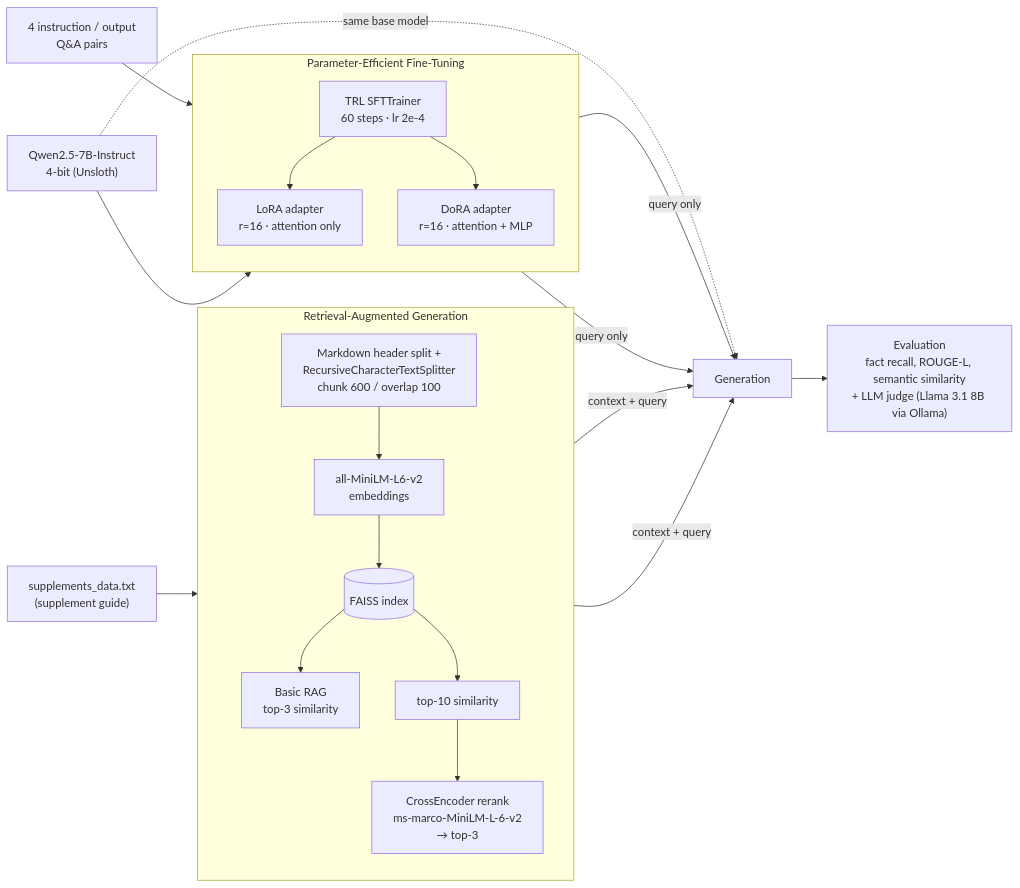
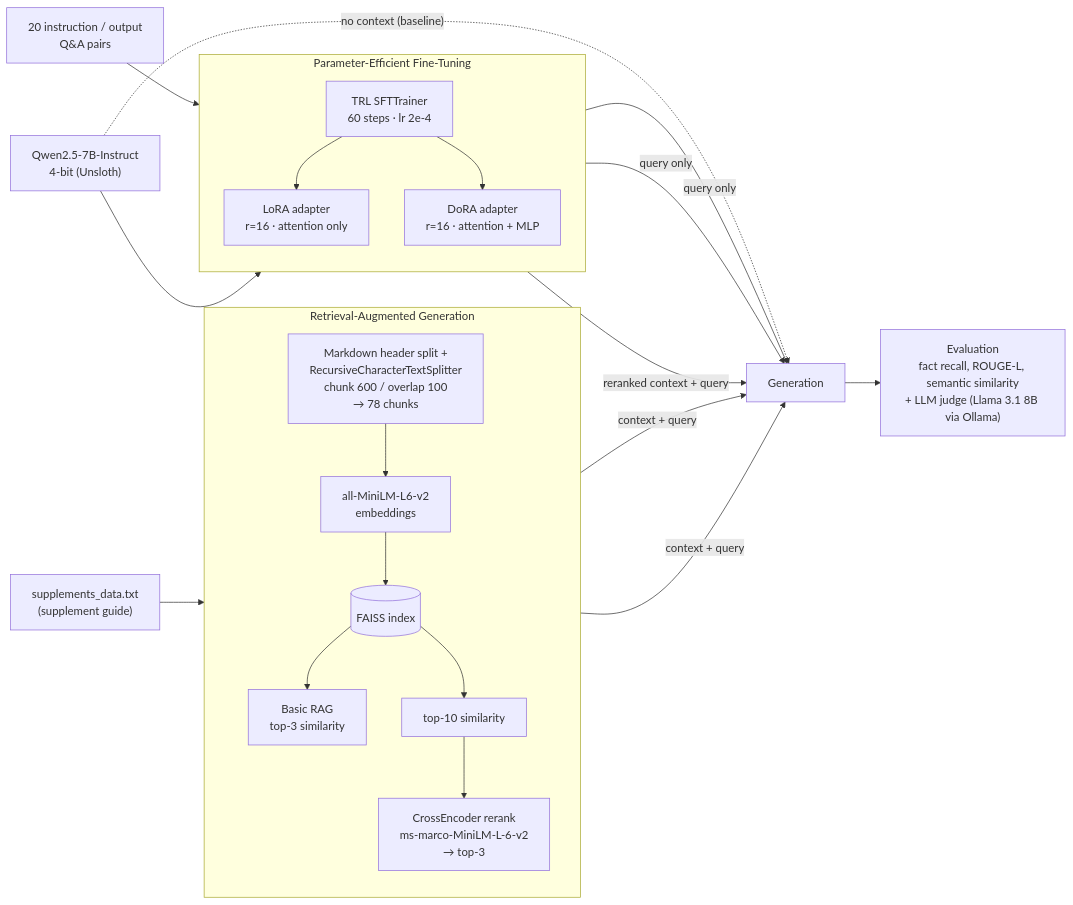
Before and after one commit to dokturdro/ragvsfinetune: the diagram in README.md, drawn with Mermaid. The commit also changed other lines of this file, not shown here.

````diff
--- a/README.md
+++ b/README.md
@@ -11,40 +11,41 @@
 ```mermaid
 flowchart LR
     KB["supplements_data.txt<br/>(supplement guide)"]
-    QA["4 instruction / output<br/>Q&A pairs"]
+    QA["20 instruction / output<br/>Q&A pairs"]
     BASE["Qwen2.5-7B-Instruct<br/>4-bit (Unsloth)"]
 
     subgraph RAG["Retrieval-Augmented Generation"]
         direction TB
-        SPLIT["Markdown header split +<br/>RecursiveCharacterTextSplitter<br/>chunk 600 / overlap 100"]
+        SPLIT["Markdown header split +<br/>RecursiveCharacterTextSplitter<br/>chunk 600 / overlap 100<br/>→ 78 chunks"]
         EMB["all-MiniLM-L6-v2<br/>embeddings"]
         FAISS[("FAISS index")]
         BASIC["Basic RAG<br/>top-3 similarity"]
         TOP10["top-10 similarity"]
         RERANK["CrossEncoder rerank<br/>ms-marco-MiniLM-L-6-v2<br/>→ top-3"]
         SPLIT --> EMB --> FAISS
         FAISS --> BASIC
         FAISS --> TOP10 --> RERANK
     end
 
     subgraph FT["Parameter-Efficient Fine-Tuning"]
         direction TB
         SFT["TRL SFTTrainer<br/>60 steps · lr 2e-4"]
         LORA["LoRA adapter<br/>r=16 · attention only"]
         DORA["DoRA adapter<br/>r=16 · attention + MLP"]
         SFT --> LORA
         SFT --> DORA
     end
 
     KB --> SPLIT
     QA --> SFT
     BASE --> SFT
 
     BASIC -- "context + query" --> GEN["Generation"]
     RERANK -- "context + query" --> GEN
     LORA -- "query only" --> GEN
     DORA -- "query only" --> GEN
-    BASE -.->|same base model| GEN
+    DORA -- "reranked context + query" --> GEN
+    BASE -.->|"no context (baseline)"| GEN
 
     GEN --> EVAL["Evaluation<br/>fact recall, ROUGE-L, semantic similarity<br/>+ LLM judge (Llama 3.1 8B via Ollama)"]
 ```
````
